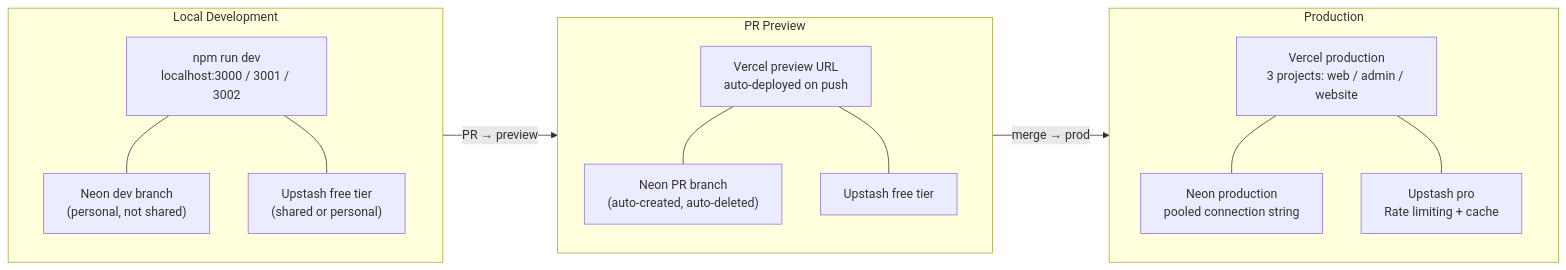
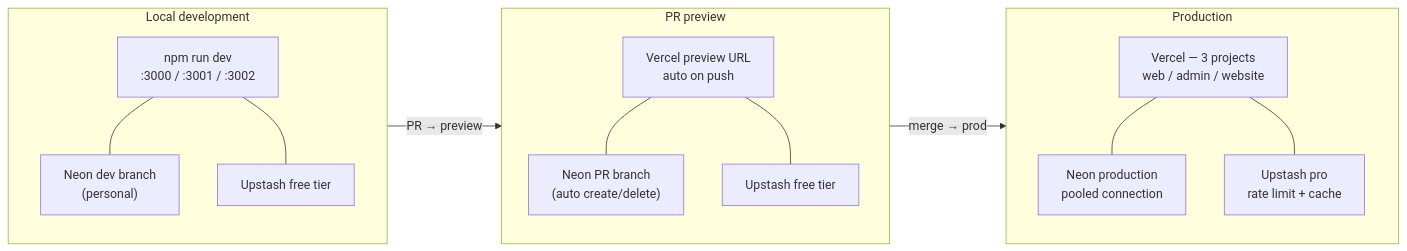
The second of 2 diagrams in docs/constitutions/infra.md (KSDRILL-SA/Xkimi-Xa-Mali), drawn with Mermaid before and after one commit. The commit also changed other lines of this file and 10 other files, not shown here.

````diff
--- a/docs/constitutions/infra.md
+++ b/docs/constitutions/infra.md
@@ -89,26 +89,26 @@
 ```mermaid
 flowchart LR
-    subgraph LOCAL["Local Development"]
-        LD["npm run dev\nlocalhost:3000 / 3001 / 3002"]
-        LDB["Neon dev branch\n(personal, not shared)"]
-        LR["Upstash free tier\n(shared or personal)"]
+    subgraph LOCAL["Local development"]
+        LD["npm run dev<br/>:3000 / :3001 / :3002"]
+        LDB["Neon dev branch<br/>(personal)"]
+        LR["Upstash free tier"]
         LD --- LDB & LR
     end
 
-    subgraph PREVIEW["PR Preview"]
-        PD["Vercel preview URL\nauto-deployed on push"]
-        PDB["Neon PR branch\n(auto-created, auto-deleted)"]
-        PR["Upstash free tier"]
-        PD --- PDB & PR
+    subgraph PREVIEW["PR preview"]
+        PD["Vercel preview URL<br/>auto on push"]
+        PDB["Neon PR branch<br/>(auto create/delete)"]
+        PRR["Upstash free tier"]
+        PD --- PDB & PRR
     end
 
     subgraph PROD["Production"]
-        VPROD["Vercel production\n3 projects: web / admin / website"]
-        NEON["Neon production\npooled connection string"]
-        UPS["Upstash pro\nRate limiting + cache"]
+        VPROD["Vercel — 3 projects<br/>web / admin / website"]
+        NEON["Neon production<br/>pooled connection"]
+        UPS["Upstash pro<br/>rate limit + cache"]
         VPROD --- NEON & UPS
     end
 
     LOCAL -->|"PR → preview"| PREVIEW
     PREVIEW -->|"merge → prod"| PROD
 ```
````
